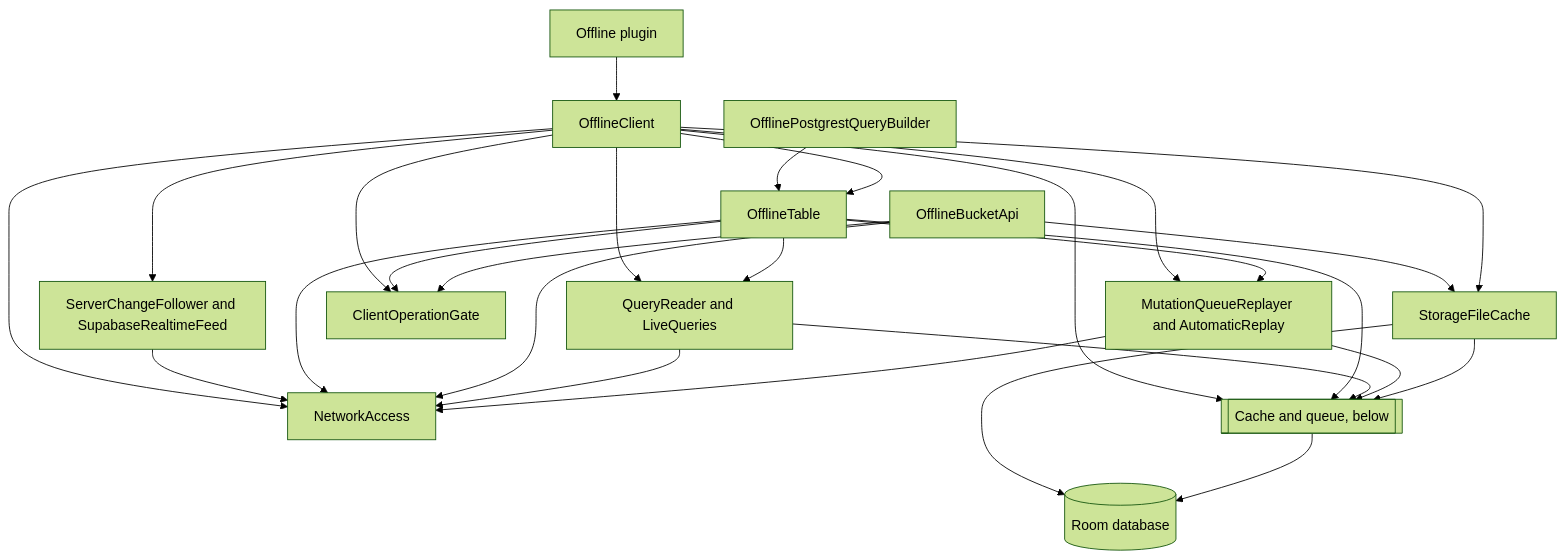
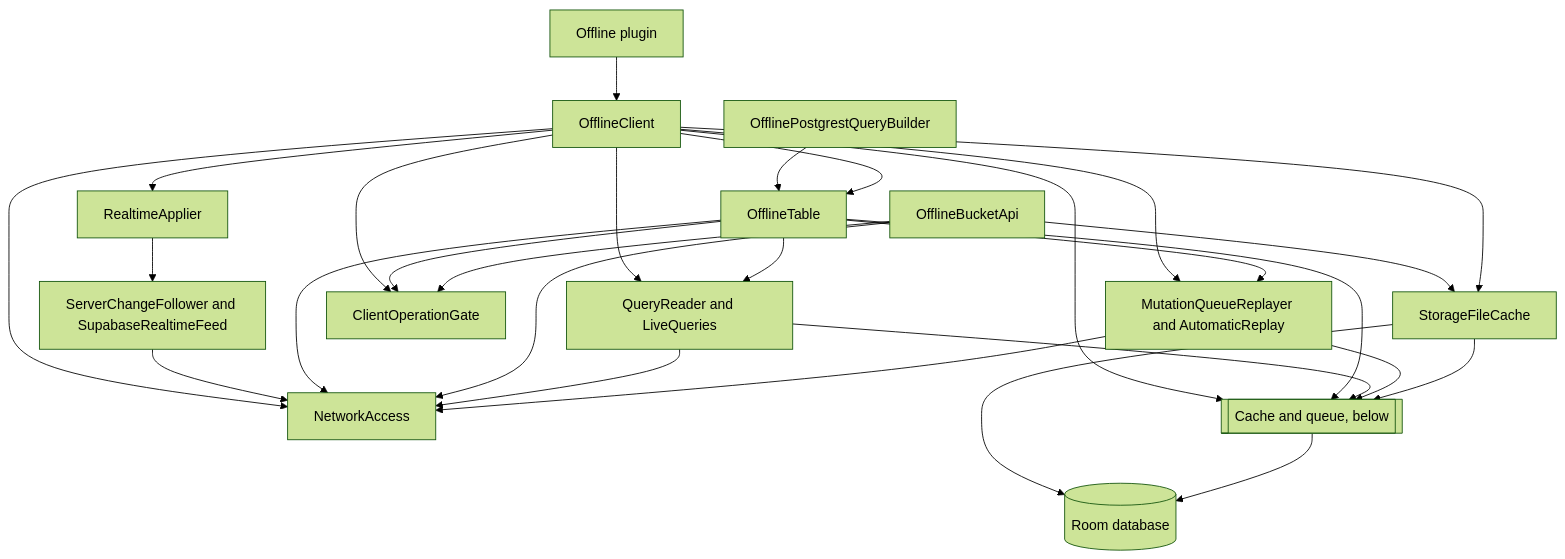
The first of 4 diagrams in docs/project/architecture.md (nesfeder/supabase-offline-kt), drawn with Mermaid (forest theme) before and after one commit. The commit also changed other lines of this file and 5 other files, not shown here.

````diff
--- a/docs/project/architecture.md
+++ b/docs/project/architecture.md
@@ -657,29 +664,30 @@
 ```mermaid
 flowchart TB
     P["Offline plugin"] --> OC["OfflineClient"]
     B["OfflinePostgrestQueryBuilder"] --> T["OfflineTable"]
     S["OfflineBucketApi"] --> FC["StorageFileCache"]
     OC --> T
     OC --> QR["QueryReader and LiveQueries"]
     OC --> R["MutationQueueReplayer and AutomaticReplay"]
     OC --> FC
     OC --> G["ClientOperationGate"]
     OC --> N["NetworkAccess"]
-    OC --> SF["ServerChangeFollower and SupabaseRealtimeFeed"]
+    OC --> RA["RealtimeApplier"]
+    RA --> SF["ServerChangeFollower and SupabaseRealtimeFeed"]
     SF --> N
     T --> QR["QueryReader and LiveQueries"]
     T --> R
     T --> G
     T --> N
     S --> G
     S --> N
     QR --> N
     R --> N
     OC --> CQ[["Cache and queue, below"]]
     T --> CQ
     QR --> CQ
     R --> CQ
     FC --> CQ
     FC --> DB[("Room database")]
     CQ --> DB
 ```
````
